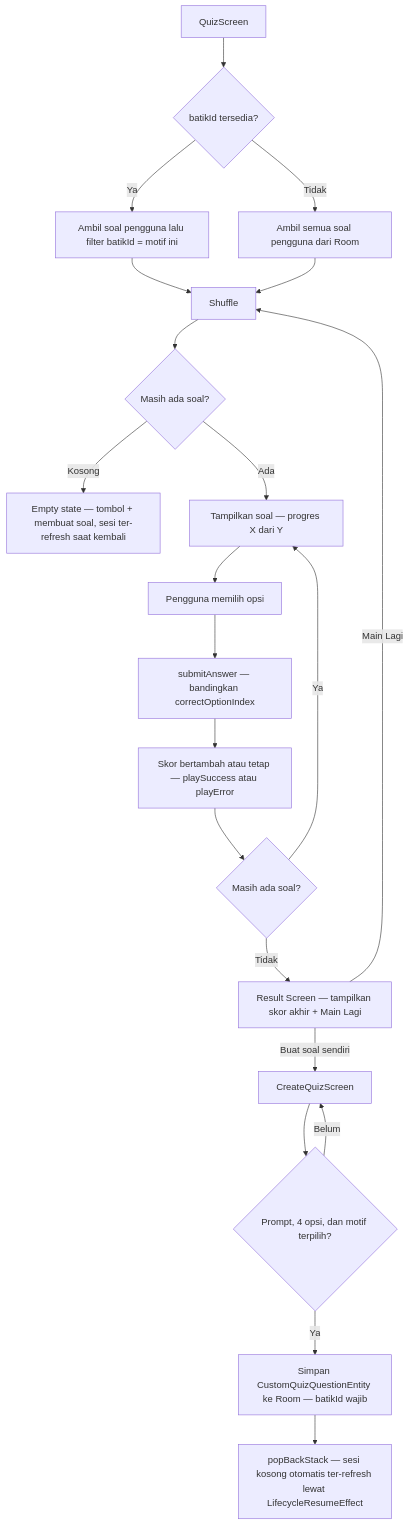
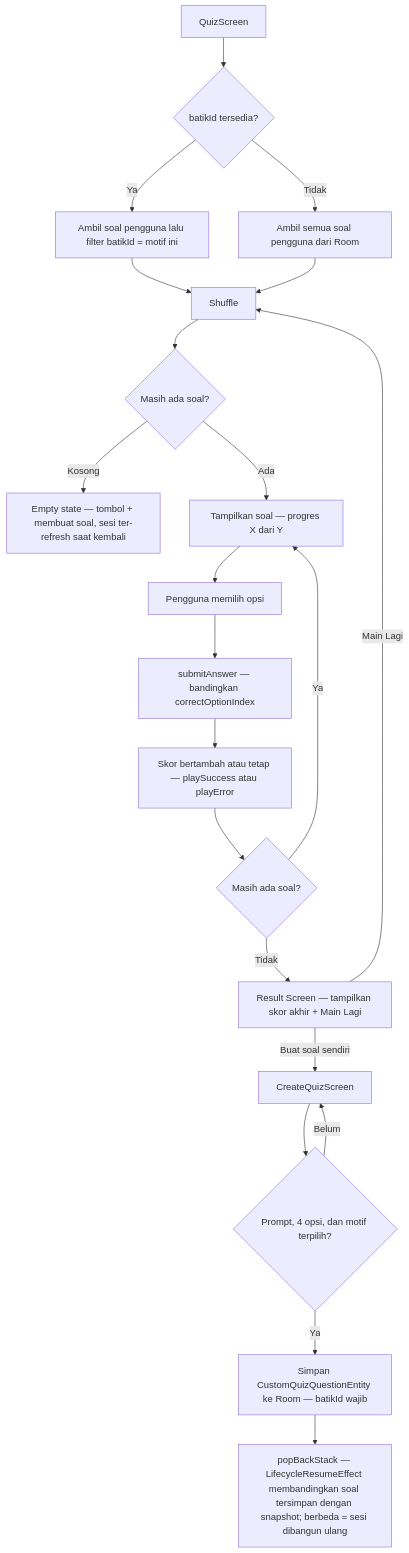
The fourth of 8 diagrams in README.md (JailaniGans/Jelajah-batik-jambi-AR), drawn with Mermaid before and after one commit. The commit also changed 2 other files, not shown here.

Commit message:
fix: refresh the quiz session when the stored questions change
The quiz screen snapshotted its questions at start and only reloaded that snapshot when it was still empty, so a session which already held a question ignored everything the user added afterwards from the screen's + button or the manage screen - the new question stayed out until Main Lagi. Resuming now re-reads the stored set (with the same motif scoping as the session) and compares it against the snapshot: when they match the shuffle, score and progress carry on untouched, when they differ the session is rebuilt from the fresh read, so an added question shows up immediately and a question deleted elsewhere drops out instead of staying in play.

````diff
--- a/README.md
+++ b/README.md
@@ -245,23 +245,23 @@
 ```mermaid
 flowchart TD
     Q0["QuizScreen"] --> MODE{"batikId tersedia?"}
     MODE -->|Ya| QS["Ambil soal pengguna lalu filter batikId = motif ini"]
     MODE -->|Tidak| QA["Ambil semua soal pengguna dari Room"]
     QS --> SH["Shuffle"]
     QA --> SH
     SH --> EMPTY{"Masih ada soal?"}
     EMPTY -->|Kosong| ES["Empty state — tombol + membuat soal, sesi ter-refresh saat kembali"]
     EMPTY -->|Ada| ANS["Tampilkan soal — progres X dari Y"]
     ANS --> PICK["Pengguna memilih opsi"]
     PICK --> SUB["submitAnswer — bandingkan correctOptionIndex"]
     SUB --> SCORE["Skor bertambah atau tetap — playSuccess atau playError"]
     SCORE --> MORE{"Masih ada soal?"}
     MORE -->|Ya| ANS
     MORE -->|Tidak| RES["Result Screen — tampilkan skor akhir + Main Lagi"]
     RES -->|Main Lagi| SH
     RES -->|Buat soal sendiri| CQ["CreateQuizScreen"]
     CQ --> VAL{"Prompt, 4 opsi, dan motif terpilih?"}
     VAL -->|Belum| CQ
     VAL -->|Ya| SAVED["Simpan CustomQuizQuestionEntity ke Room — batikId wajib"]
-    SAVED --> BACK["popBackStack — sesi kosong otomatis ter-refresh lewat LifecycleResumeEffect"]
+    SAVED --> BACK["popBackStack — LifecycleResumeEffect membandingkan soal tersimpan dengan snapshot; berbeda = sesi dibangun ulang"]
 ```
````
